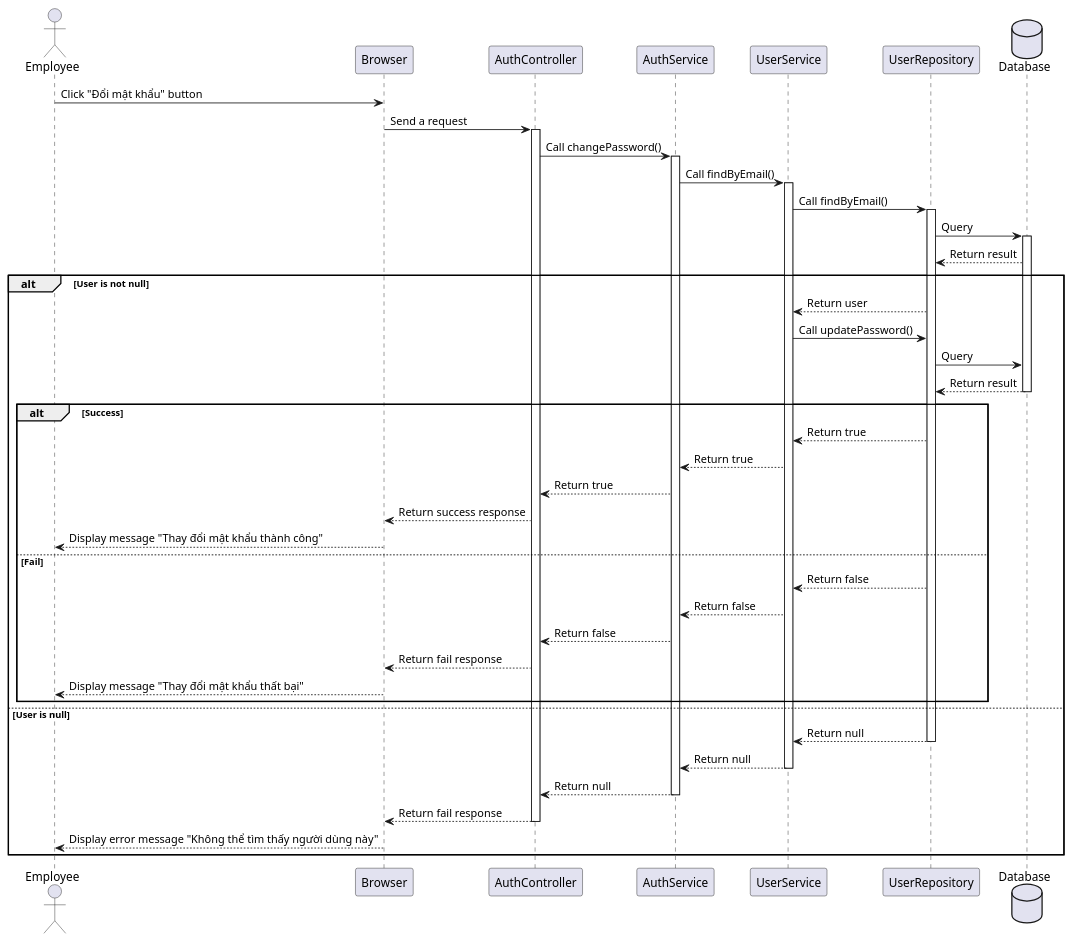
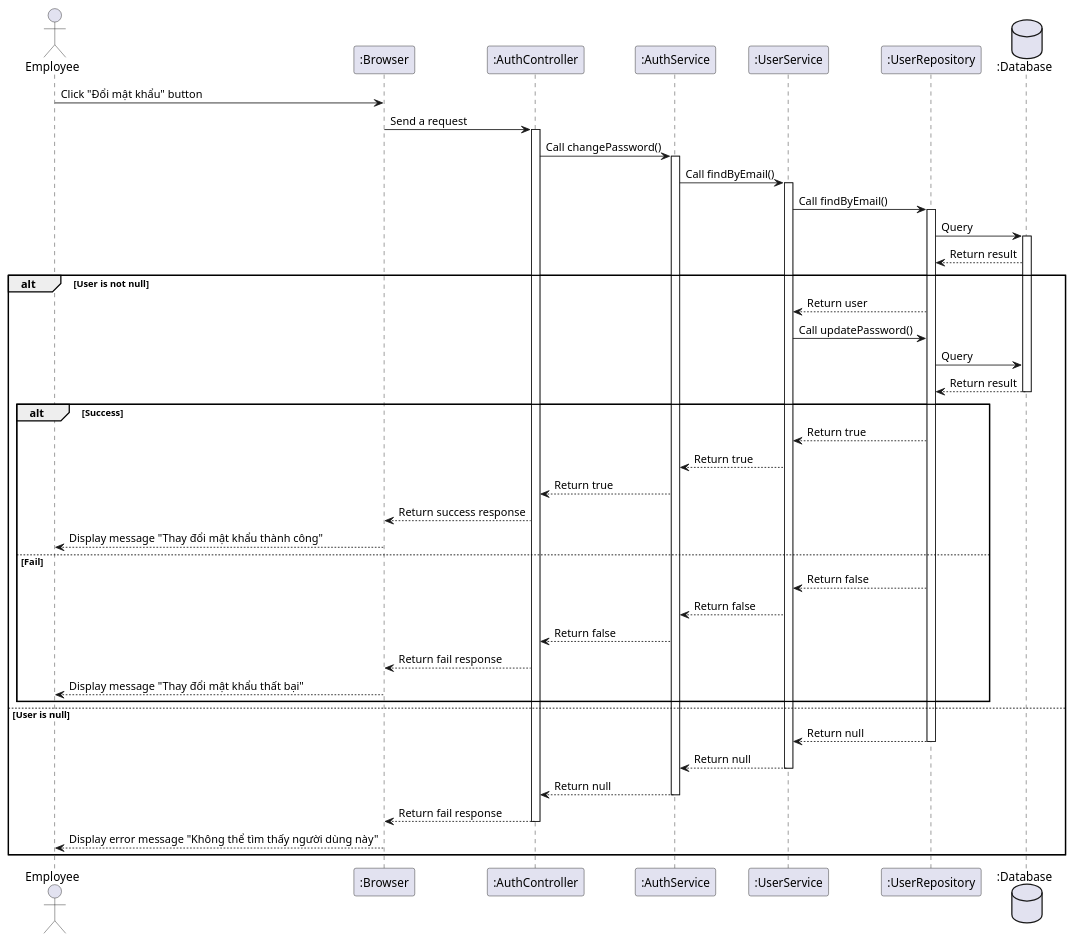
One commit to ngthanhtuung/ema-server changed the diagram in docs/employee/changePassword.plantuml. Above: the diagram before and after it, drawn with PlantUML. The commit also changed 34 other files, not shown here.

```diff
--- a/docs/employee/changePassword.plantuml
+++ b/docs/employee/changePassword.plantuml
@@ -1,42 +1,42 @@
 @startuml
 actor Employee as user
-participant Browser as a
-participant AuthController as b
-participant AuthService as c
-participant UserService as d
-participant UserRepository as e
-database Database as f
+participant ":Browser" as a
+participant ":AuthController" as b
+participant ":AuthService" as c
+participant ":UserService" as d
+participant ":UserRepository" as e
+database ":Database" as f
 
 user -> a: Click "Đổi mật khẩu" button
 a -> b++: Send a request
 b -> c++: Call changePassword()
 c -> d++: Call findByEmail()
 d -> e++: Call findByEmail()
 e -> f++: Query
 f --> e: Return result
 alt User is not null
     e --> d: Return user
     d -> e: Call updatePassword()
     e -> f: Query
     f --> e--: Return result
     alt Success
         e --> d: Return true
         d --> c: Return true
         c --> b: Return true
         b --> a: Return success response
         a --> user: Display message "Thay đổi mật khẩu thành công"
     else Fail 
         e --> d: Return false
         d --> c: Return false
         c --> b: Return false
         b --> a: Return fail response
         a --> user: Display message "Thay đổi mật khẩu thất bại"
     end  
 else User is null
     e --> d--: Return null
     d --> c--: Return null
     c --> b--: Return null
     b --> a--: Return fail response
     a --> user: Display error message "Không thể tìm thấy người dùng này"
 end
 @enduml
```
